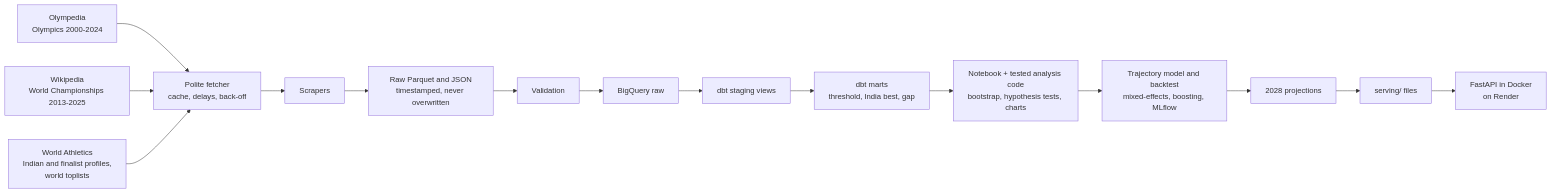
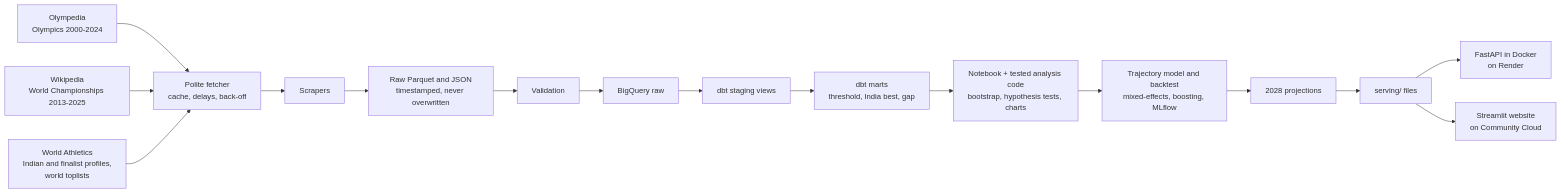
One commit to rohithjagan05/GapToPodium changed the diagram in README.md. Above: the diagram before and after it, drawn with Mermaid. The commit also changed other lines of this file and 1 other file, not shown here.

Commit message:
README: Phase 6 website is live

````diff
--- a/README.md
+++ b/README.md
@@ -149,17 +164,18 @@
 ```mermaid
 flowchart LR
     A[Olympedia<br/>Olympics 2000-2024] --> F
     B[Wikipedia<br/>World Championships 2013-2025] --> F
     C[World Athletics<br/>Indian and finalist profiles,<br/>world toplists] --> F
     F[Polite fetcher<br/>cache, delays, back-off] --> S[Scrapers]
     S --> R[Raw Parquet and JSON<br/>timestamped, never overwritten]
     R --> V[Validation]
     V --> BQ[BigQuery raw]
     BQ --> D[dbt staging views]
     D --> M[dbt marts<br/>threshold, India best, gap]
     M --> N[Notebook + tested analysis code<br/>bootstrap, hypothesis tests, charts]
     N --> T[Trajectory model and backtest<br/>mixed-effects, boosting, MLflow]
     T --> P[2028 projections]
     P --> X[serving/ files]
     X --> API[FastAPI in Docker<br/>on Render]
+    X --> WEB[Streamlit website<br/>on Community Cloud]
 ```
````
